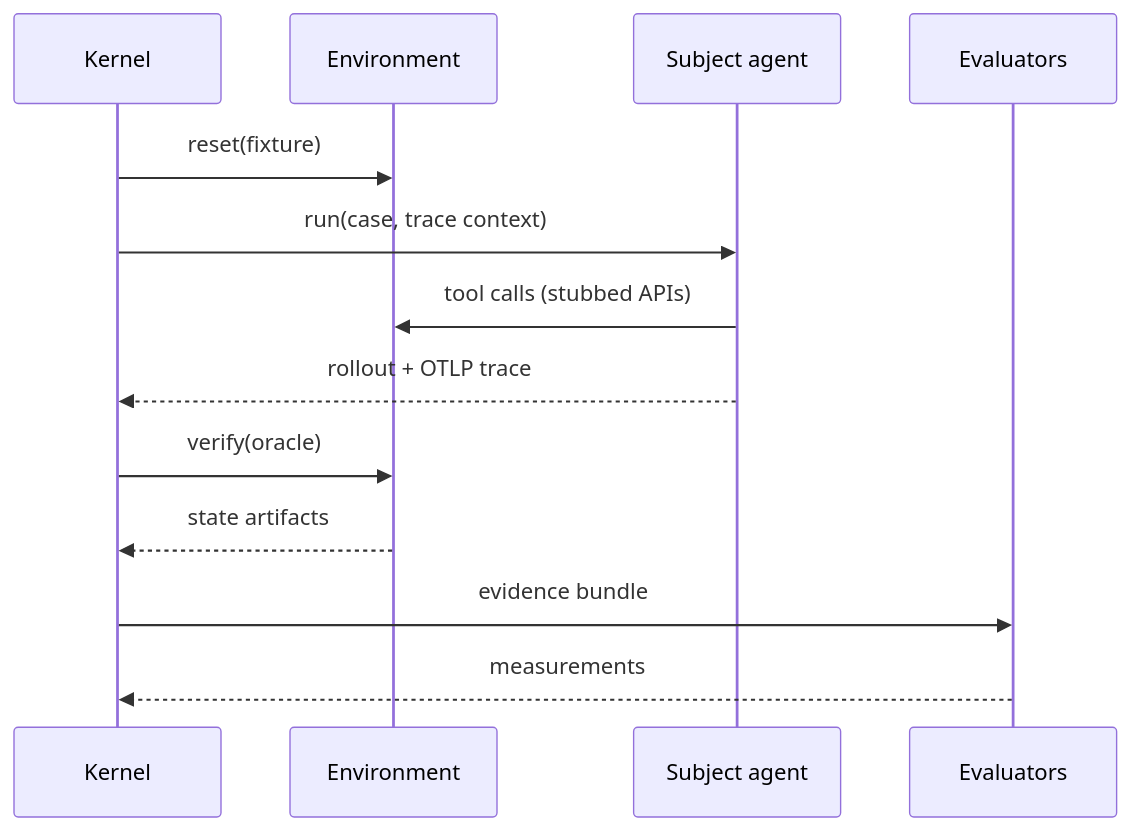
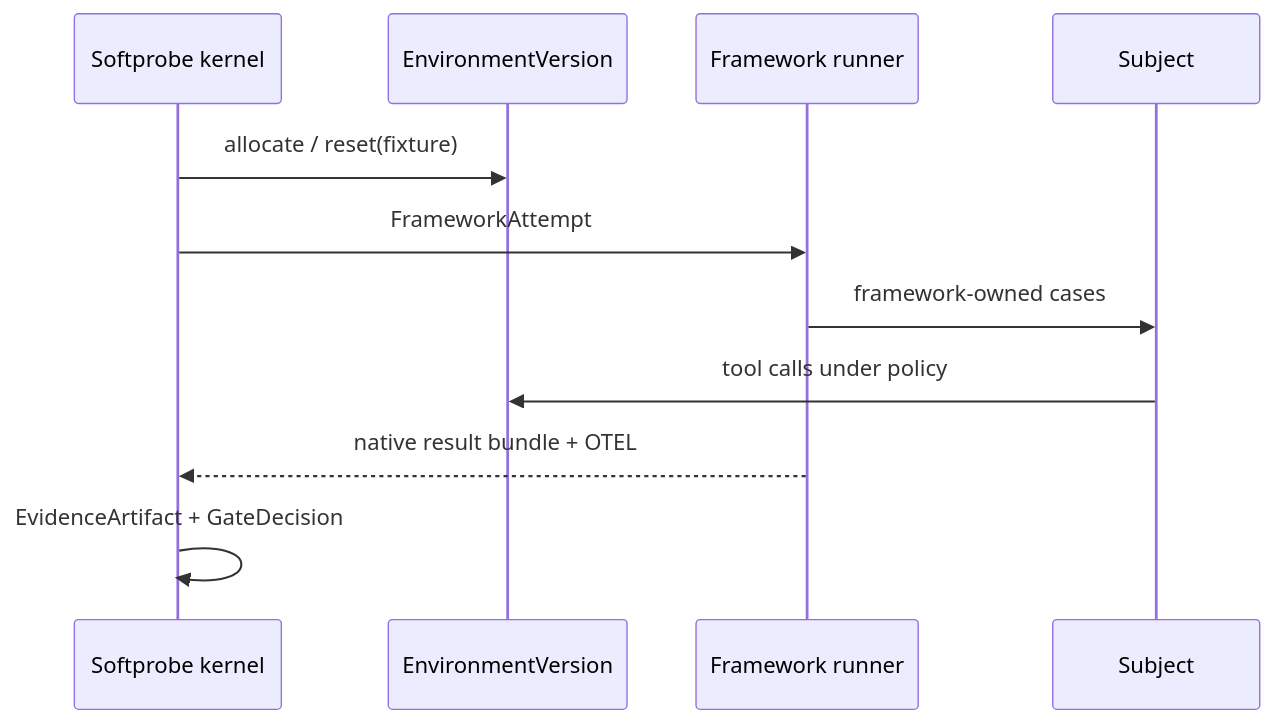
Before and after one commit to softprobe/document-website: the second of 2 diagrams in en/evaluation/guides/eval-modes.md, drawn with Mermaid. The commit also changed other lines of this file and 11 other files, not shown here.

First line of the commit message:
docs(evaluation): agent environment record/replay, gym, and Promptfoo guides

````diff
--- a/en/evaluation/guides/eval-modes.md
+++ b/en/evaluation/guides/eval-modes.md
@@ -70,16 +68,14 @@
 ```mermaid
 sequenceDiagram
-  participant Kernel
-  participant Env as Environment
-  participant Agent as Subject agent
-  participant Eval as Evaluators
+  participant Kernel as Softprobe kernel
+  participant Env as EnvironmentVersion
+  participant Runner as Framework runner
+  participant Agent as Subject
 
-  Kernel->>Env: reset(fixture)
-  Kernel->>Agent: run(case, trace context)
-  Agent->>Env: tool calls (stubbed APIs)
-  Agent-->>Kernel: rollout + OTLP trace
-  Kernel->>Env: verify(oracle)
-  Env-->>Kernel: state artifacts
-  Kernel->>Eval: evidence bundle
-  Eval-->>Kernel: measurements
+  Kernel->>Env: allocate / reset(fixture)
+  Kernel->>Runner: FrameworkAttempt
+  Runner->>Agent: framework-owned cases
+  Agent->>Env: tool calls under policy
+  Runner-->>Kernel: native result bundle + OTEL
+  Kernel->>Kernel: EvidenceArtifact + GateDecision
 ```
````
